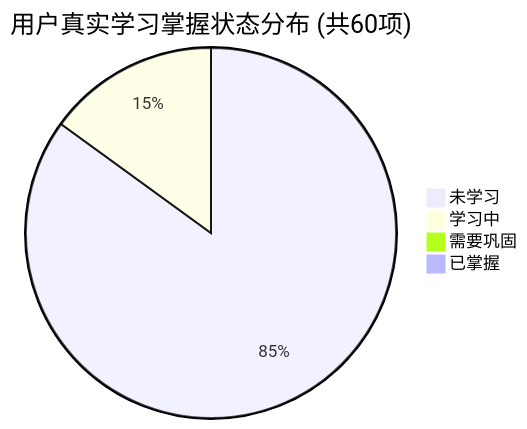
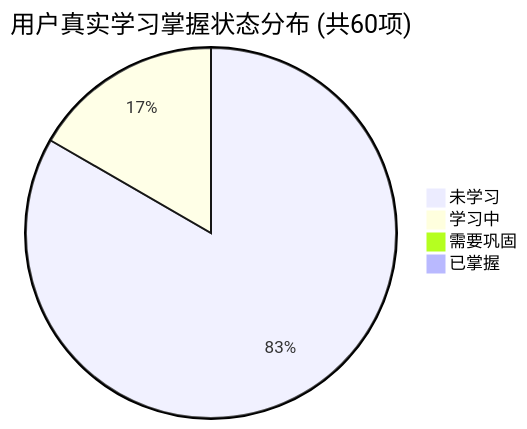
The first of 2 diagrams in PROGRESS.md (tieke1121/tech-interview-knowledge-base), drawn with Mermaid before and after one commit. The commit also changed other lines of this file and 1 other file, not shown here.

````diff
--- a/PROGRESS.md
+++ b/PROGRESS.md
@@ -27,7 +27,7 @@
 ```mermaid
 pie title 用户真实学习掌握状态分布 (共60项)
-    "未学习" : 51
-    "学习中" : 9
+    "未学习" : 50
+    "学习中" : 10
     "需要巩固" : 0
     "已掌握" : 0
 ```
````
